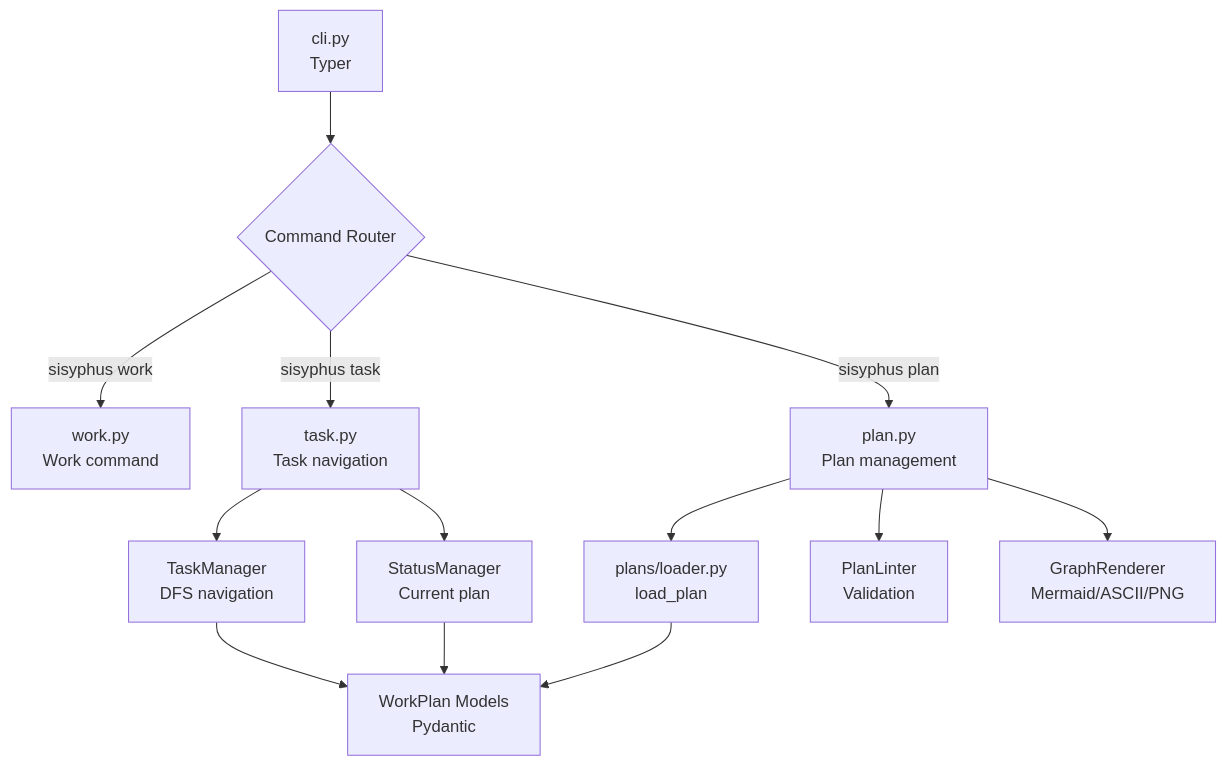
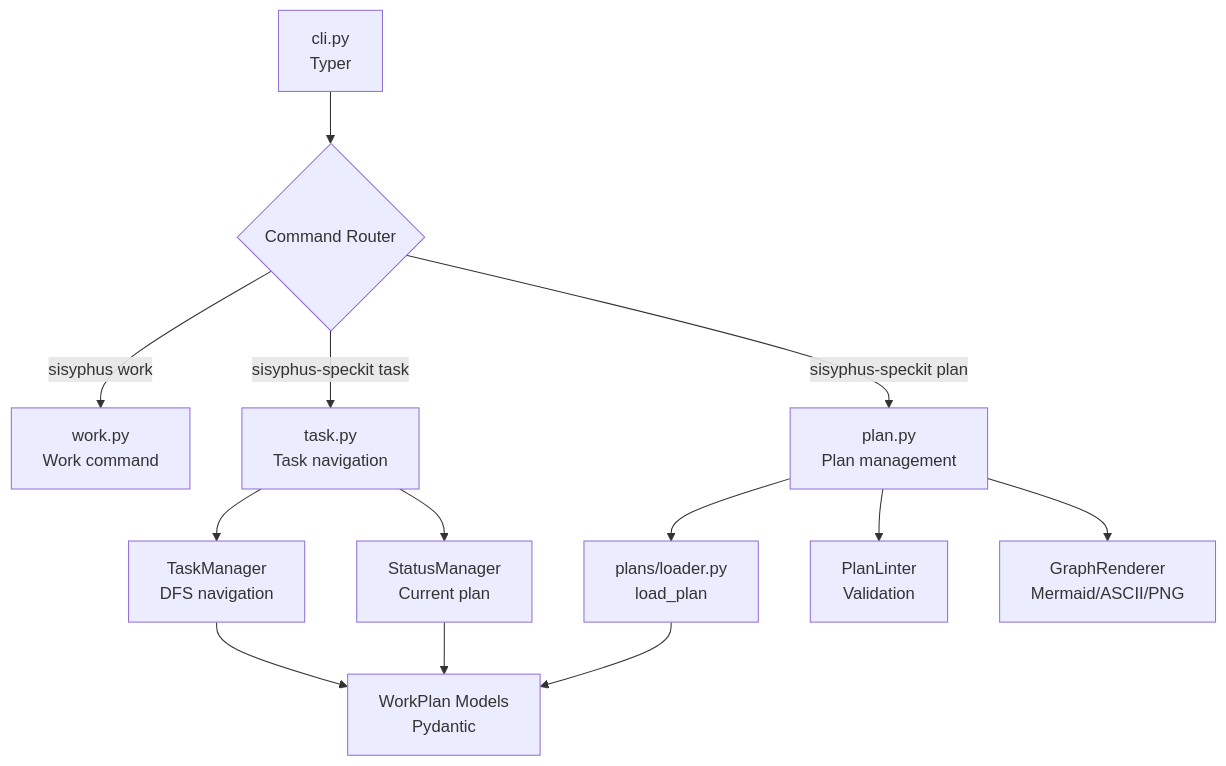
The first of 2 diagrams in projects/sisyphus-cli/AGENTS.md (code-yeongyu/sisyphus-private), drawn with Mermaid before and after one commit. The commit also changed other lines of this file and 11 other files, not shown here.

First line of the commit message:
docs: update remaining markdown files with sisyphus-speckit commands

````diff
--- a/projects/sisyphus-cli/AGENTS.md
+++ b/projects/sisyphus-cli/AGENTS.md
@@ -30,19 +30,19 @@
 ```mermaid
 graph TB
     CLI[cli.py<br/>Typer] --> CMD{Command Router}
 
     CMD -->|sisyphus work| WORK[work.py<br/>Work command]
-    CMD -->|sisyphus task| TASK[task.py<br/>Task navigation]
-    CMD -->|sisyphus plan| PLAN[plan.py<br/>Plan management]
+    CMD -->|sisyphus-speckit task| TASK[task.py<br/>Task navigation]
+    CMD -->|sisyphus-speckit plan| PLAN[plan.py<br/>Plan management]
 
     TASK --> TM[TaskManager<br/>DFS navigation]
     TASK --> STATUS[StatusManager<br/>Current plan]
 
     PLAN --> LOADER[plans/loader.py<br/>load_plan]
     PLAN --> LINTER[PlanLinter<br/>Validation]
     PLAN --> GRAPH[GraphRenderer<br/>Mermaid/ASCII/PNG]
 
     TM --> MODELS[WorkPlan Models<br/>Pydantic]
     LOADER --> MODELS
     STATUS --> MODELS
 ```
````
